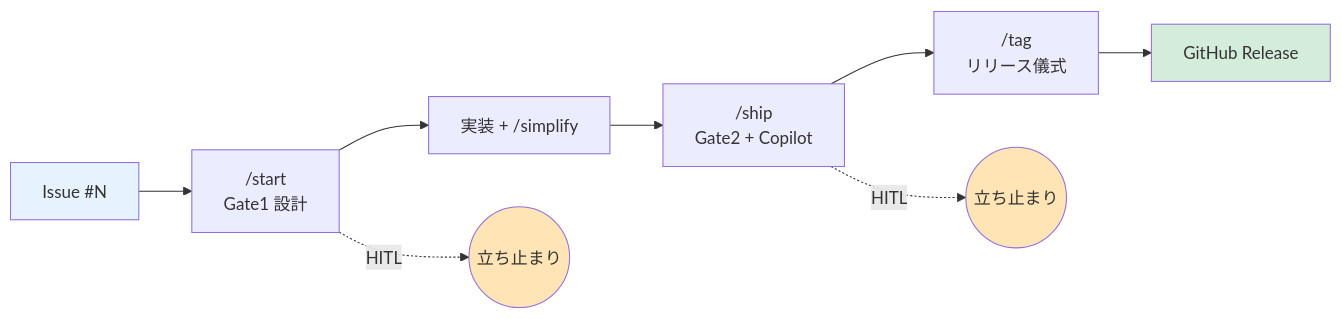
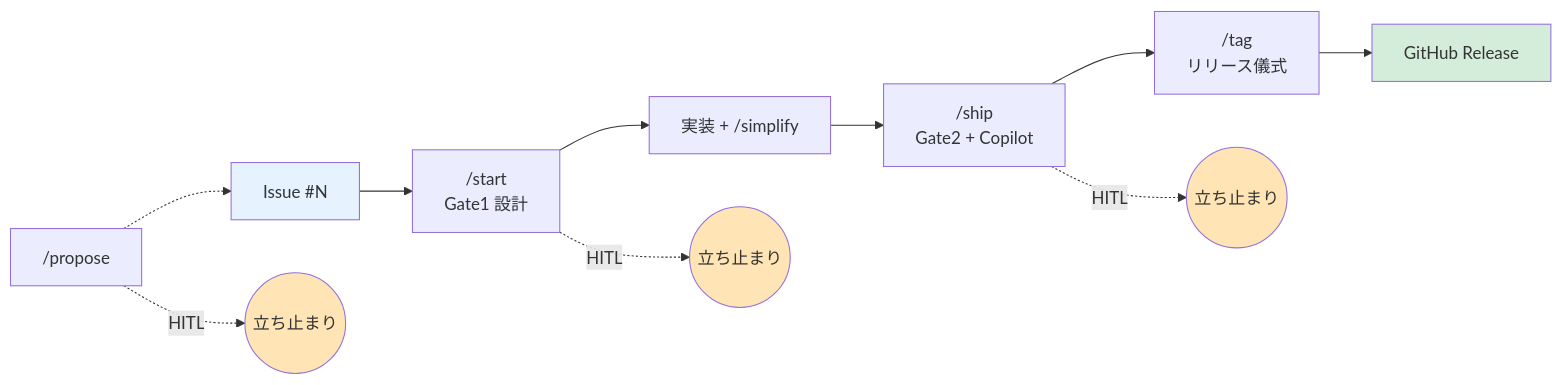
Before and after one commit to JFK/gh-issue-driven: the diagram in README.ja.md, drawn with Mermaid. The commit also changed other lines of this file and 1 other file, not shown here.

````diff
--- a/README.ja.md
+++ b/README.ja.md
@@ -13,16 +13,19 @@
 ```mermaid
 graph LR
-    I[Issue #N] --> S["/start<br/>Gate1 設計"]
+    P["/propose"] -.-> I[Issue #N]
+    I --> S["/start<br/>Gate1 設計"]
     S --> IMP["実装 + /simplify"]
     IMP --> SH["/ship<br/>Gate2 + Copilot"]
     SH --> T["/tag<br/>リリース儀式"]
     T --> R[GitHub Release]
 
+    P -.HITL.-> H0((立ち止まり))
     S -.HITL.-> H1((立ち止まり))
     SH -.HITL.-> H2((立ち止まり))
 
+    style H0 fill:#ffe4b5
     style H1 fill:#ffe4b5
     style H2 fill:#ffe4b5
     style I fill:#e6f3ff
     style R fill:#d4edda
 ```
````
